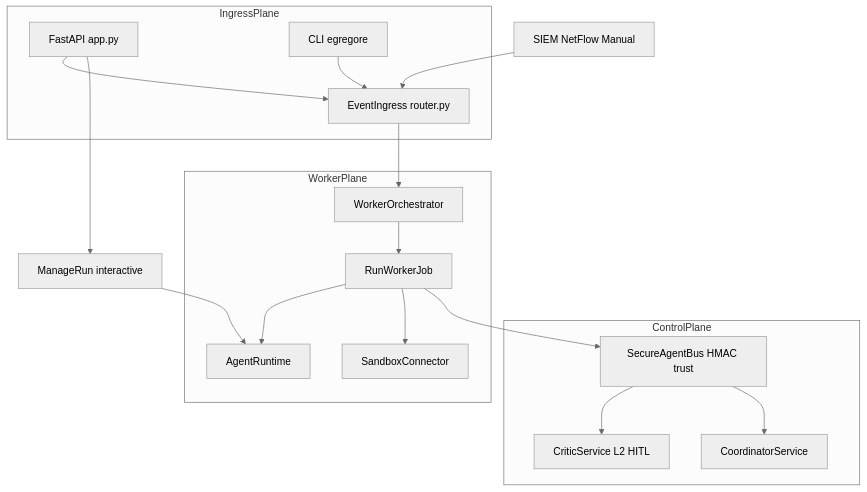
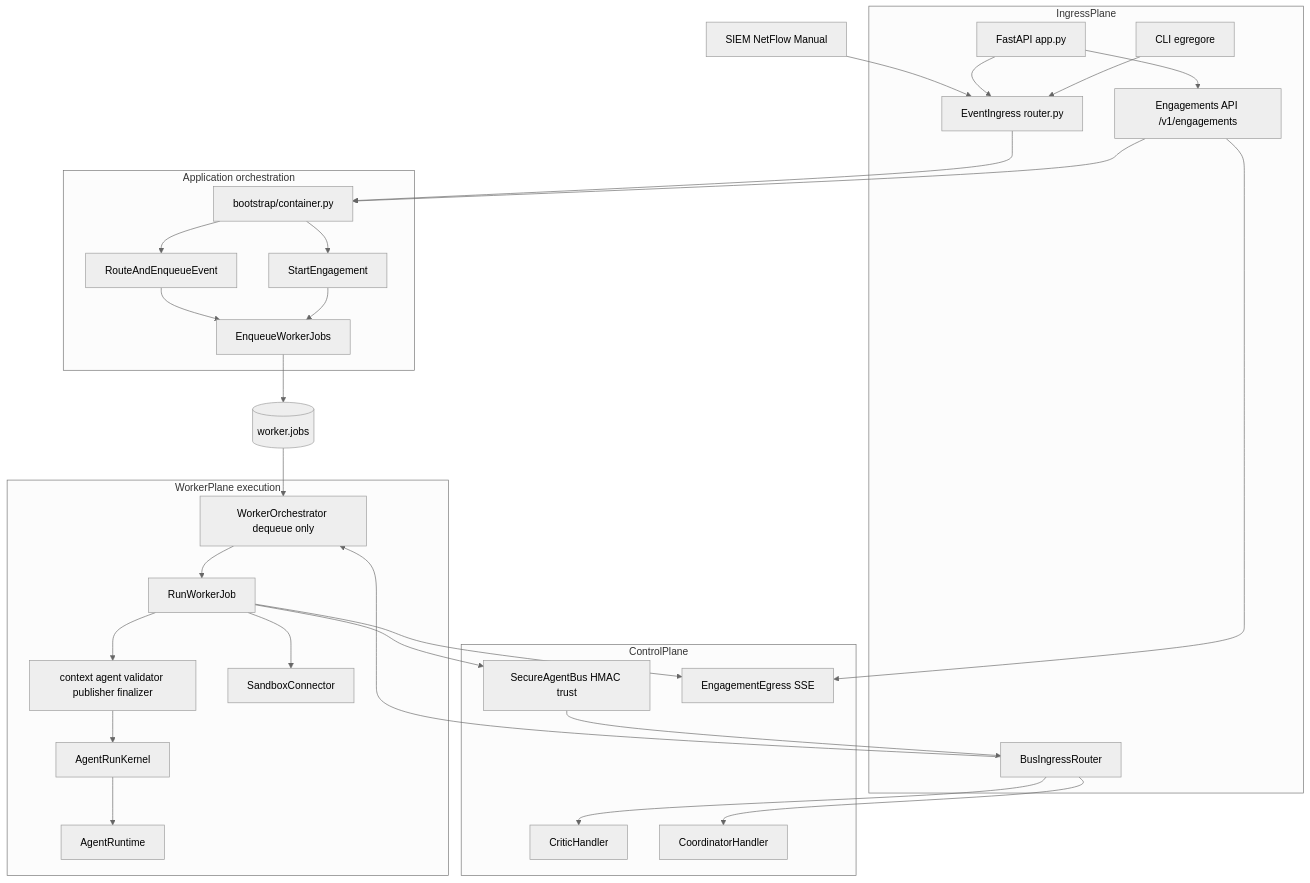
One commit to butbeautifulv/cxado changed the diagram in docs/architecture-site/diagrams/egregore-planes.mmd. Above: the diagram before and after it, drawn with Mermaid (neutral theme). The commit also changed 165 other files, not shown here.

```diff
--- a/docs/architecture-site/diagrams/egregore-planes.mmd
+++ b/docs/architecture-site/diagrams/egregore-planes.mmd
@@ -1,31 +1,53 @@
 flowchart TB
   subgraph ingress [IngressPlane]
     API[FastAPI app.py]
     CLI[CLI egregore]
     EventIngress[EventIngress router.py]
+    EngAPI[Engagements API /v1/engagements]
+    BusIngress[BusIngressRouter]
+  end
+
+  subgraph app_orch [Application orchestration]
+    Route[RouteAndEnqueueEvent]
+    Start[StartEngagement]
+    Enqueue[EnqueueWorkerJobs]
+    Container[bootstrap/container.py]
   end
 
   subgraph control [ControlPlane]
-    Critic[CriticService L2 HITL]
-    Coord[CoordinatorService]
+    Critic[CriticHandler]
+    Coord[CoordinatorHandler]
     Bus[SecureAgentBus HMAC trust]
+    Egress[EngagementEgress SSE]
   end
 
-  subgraph worker [WorkerPlane]
-    Orch[WorkerOrchestrator]
+  subgraph worker [WorkerPlane execution]
+    Orch[WorkerOrchestrator dequeue only]
     RunJob[RunWorkerJob]
+    Pipeline[context agent validator publisher finalizer]
+    Kernel[AgentRunKernel]
     AgentRT[AgentRuntime]
     Sandbox[SandboxConnector]
   end
 
   SIEM[SIEM NetFlow Manual] --> EventIngress
   API --> EventIngress
+  API --> EngAPI
   CLI --> EventIngress
-  EventIngress --> Orch
-  Orch --> RunJob --> AgentRT
+  EventIngress --> Container
+  EngAPI --> Container
+  Container --> Route
+  Container --> Start
+  Route --> Enqueue
+  Start --> Enqueue
+  Enqueue --> Queue[(worker.jobs)]
+  Bus --> BusIngress
+  BusIngress --> Critic
+  BusIngress --> Coord
+  BusIngress --> Orch
+  Queue --> Orch
+  Orch --> RunJob --> Pipeline --> Kernel --> AgentRT
   RunJob --> Sandbox
   RunJob --> Bus
-  Bus --> Critic
-  Bus --> Coord
-  API --> ManageRun[ManageRun interactive]
-  ManageRun --> AgentRT
+  RunJob --> Egress
+  EngAPI --> Egress
```
